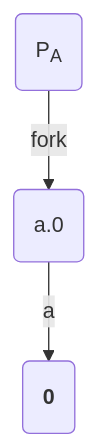
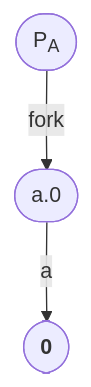
The second of 5 diagrams in 02_background.qmd (benkeks/generalized-equivalence-checking), drawn with Mermaid before and after one commit. The commit also changed other lines of this file and 2 other files, not shown here.

````diff
--- a/02_background.qmd
+++ b/02_background.qmd
@@ -117,5 +115,5 @@
   ```{mermaid}
   flowchart TD
-    p0(P<sub>A</sub>) -- fork --> pA(a.0)
-    pA -- a --> 0(<strong>0</strong>)
+    p0([P<sub>A</sub>]) -- fork --> pA([a.0])
+    pA -- a --> 0([<strong>0</strong>])
   ```
````
